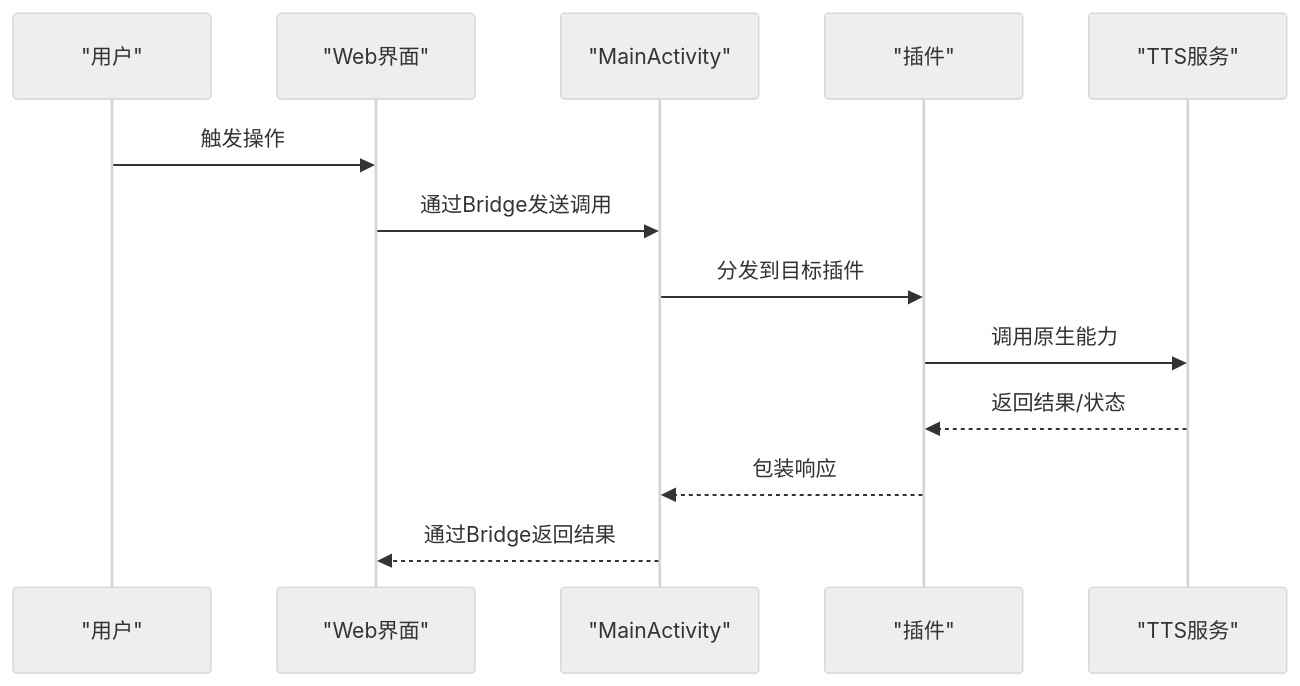
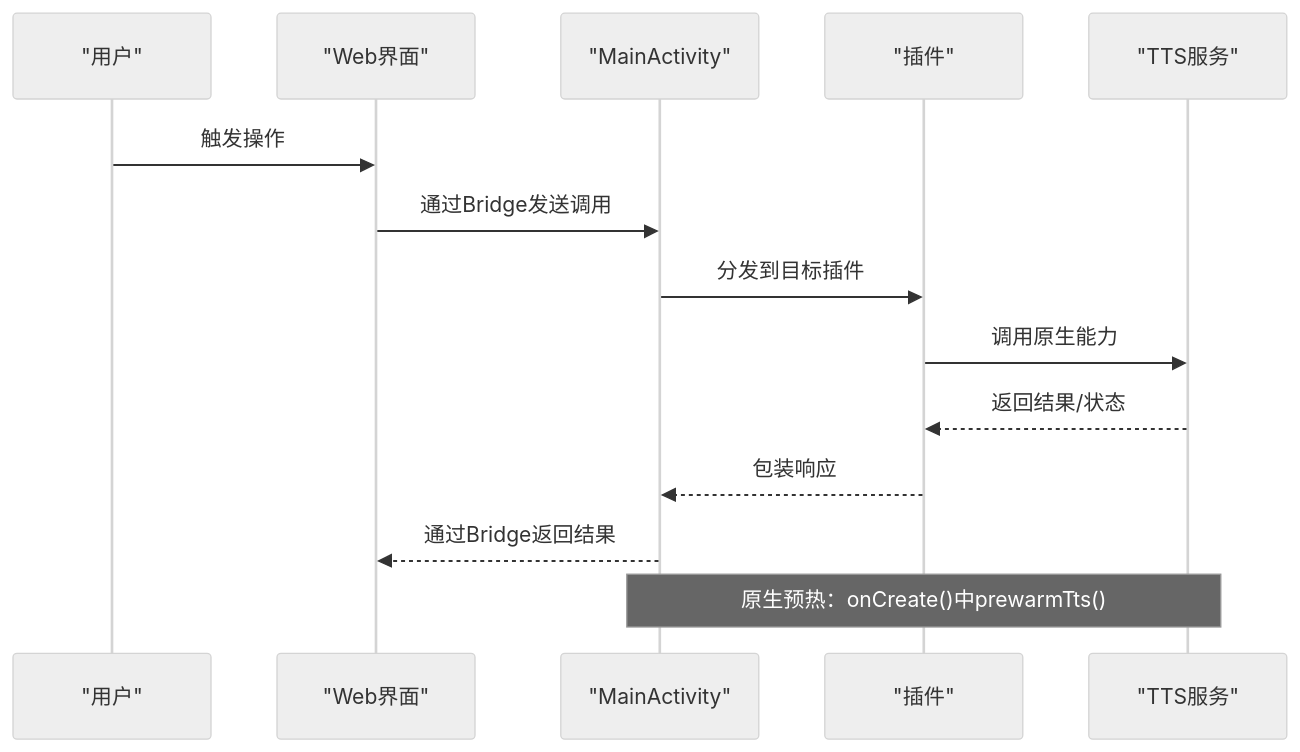
Before and after one commit to zhao-zg/cx: the third of 11 diagrams in .qoder/repowiki/zh/content/移动应用开发/移动应用开发.md, drawn with Mermaid (neutral theme). The commit also changed other lines of this file and 30 other files, not shown here.

````diff
--- a/.qoder/repowiki/zh/content/移动应用开发/移动应用开发.md
+++ b/.qoder/repowiki/zh/content/移动应用开发/移动应用开发.md
@@ -248,15 +252,16 @@
 ```mermaid
 sequenceDiagram
 participant U as "用户"
 participant W as "Web界面"
 participant M as "MainActivity"
 participant P as "插件"
 participant S as "TTS服务"
 U->>W : 触发操作
 W->>M : 通过Bridge发送调用
 M->>P : 分发到目标插件
 P->>S : 调用原生能力
 S-->>P : 返回结果/状态
 P-->>M : 包装响应
 M-->>W : 通过Bridge返回结果
+Note over M,S : 原生预热：onCreate()中prewarmTts()
 ```
````
